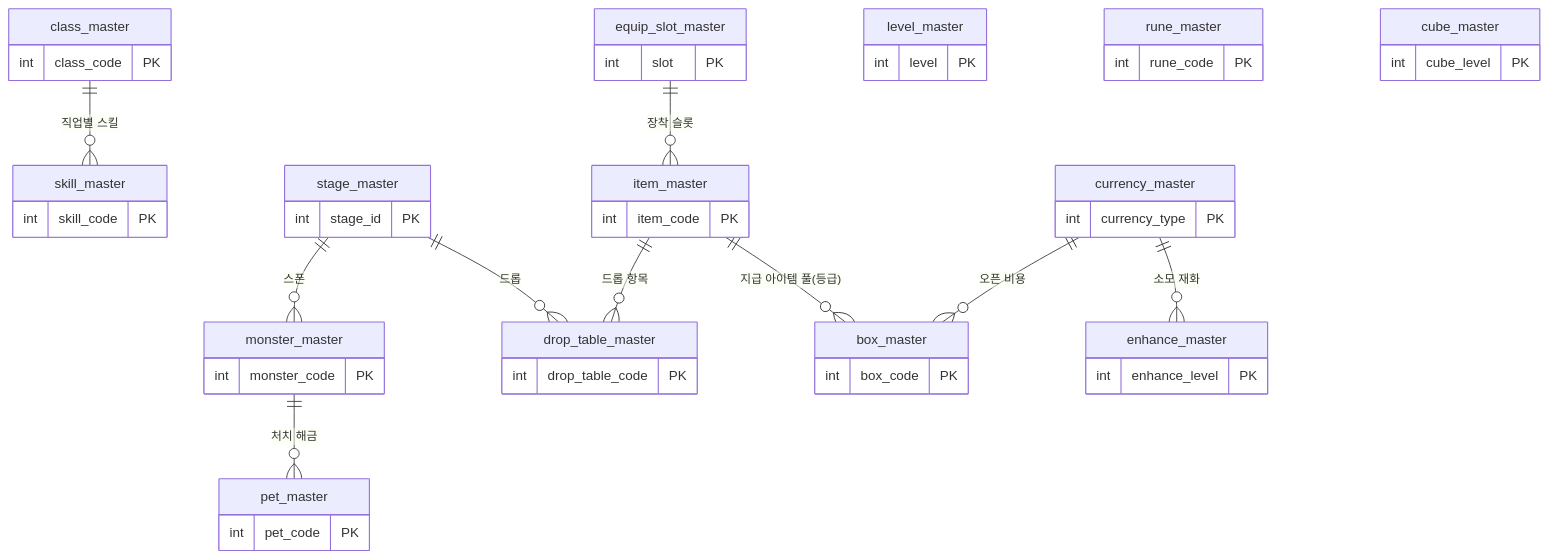
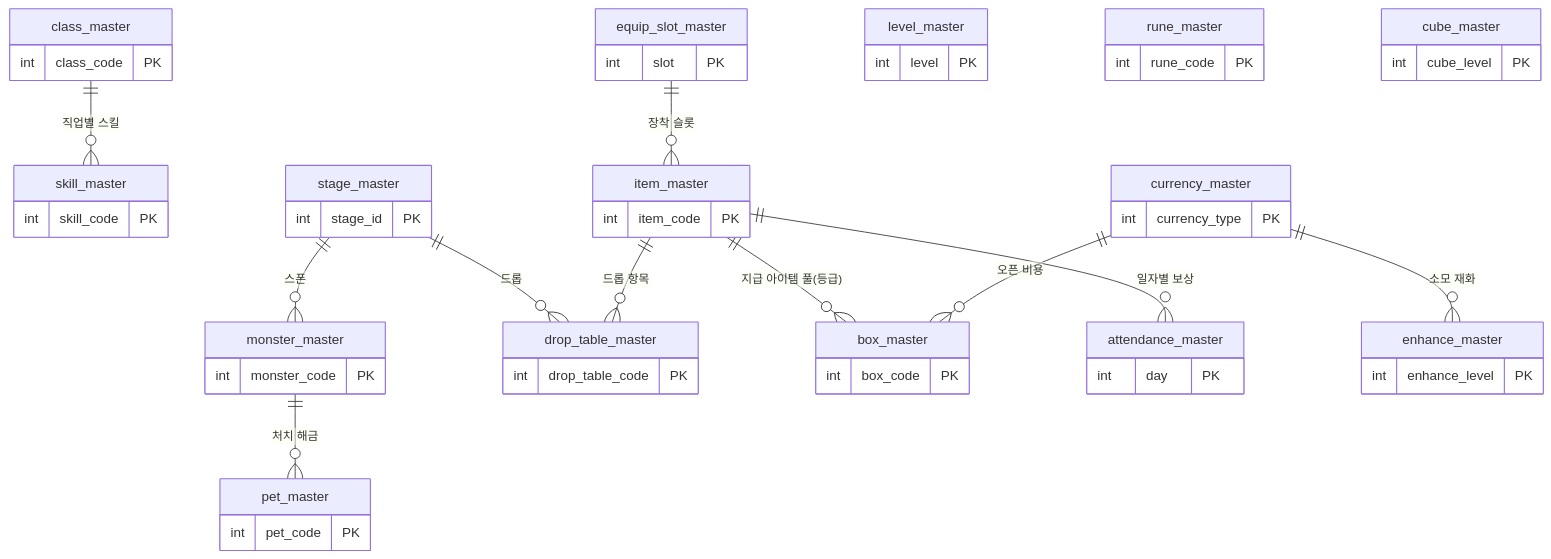
One commit to ks-wook/com2us-taskbar-hero changed the diagram in docs/세부/master-data-기획서.md. Above: the diagram before and after it, drawn with Mermaid. The commit also changed other lines of this file and 10 other files, not shown here.

````diff
--- a/docs/세부/master-data-기획서.md
+++ b/docs/세부/master-data-기획서.md
@@ -44,27 +43,29 @@
 ```mermaid
 erDiagram
     class_master     ||--o{ skill_master      : "직업별 스킬"
     stage_master     ||--o{ monster_master     : "스폰"
     stage_master     ||--o{ drop_table_master  : "드롭"
     monster_master   ||--o{ pet_master         : "처치 해금"
     item_master      ||--o{ drop_table_master  : "드롭 항목"
     item_master      ||--o{ box_master         : "지급 아이템 풀(등급)"
+    item_master      ||--o{ attendance_master  : "일자별 보상"
     equip_slot_master||--o{ item_master        : "장착 슬롯"
     currency_master  ||--o{ enhance_master     : "소모 재화"
     currency_master  ||--o{ box_master         : "오픈 비용"
 
     class_master { int class_code PK }
     level_master { int level PK }
     item_master { int item_code PK }
     equip_slot_master { int slot PK }
     enhance_master { int enhance_level PK }
     currency_master { int currency_type PK }
     skill_master { int skill_code PK }
     rune_master { int rune_code PK }
     pet_master { int pet_code PK }
     monster_master { int monster_code PK }
     stage_master { int stage_id PK }
     drop_table_master { int drop_table_code PK }
     cube_master { int cube_level PK }
     box_master { int box_code PK }
+    attendance_master { int day PK }
 ```
````
